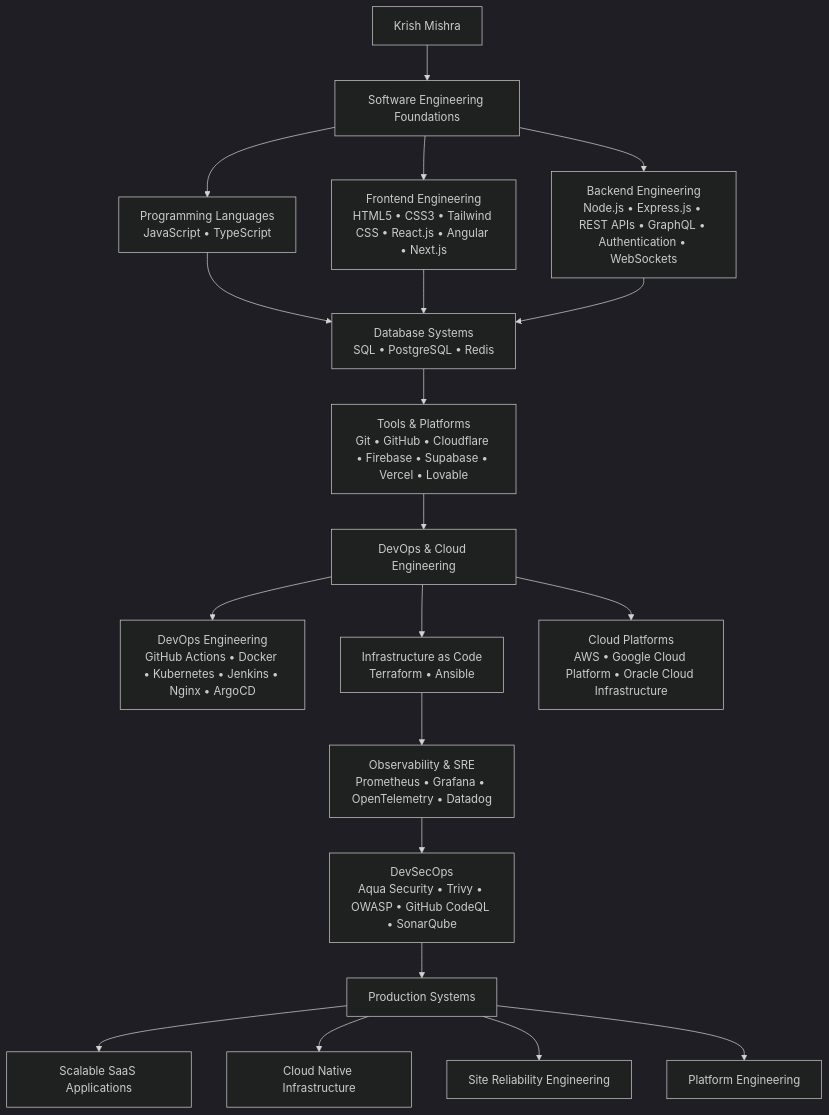
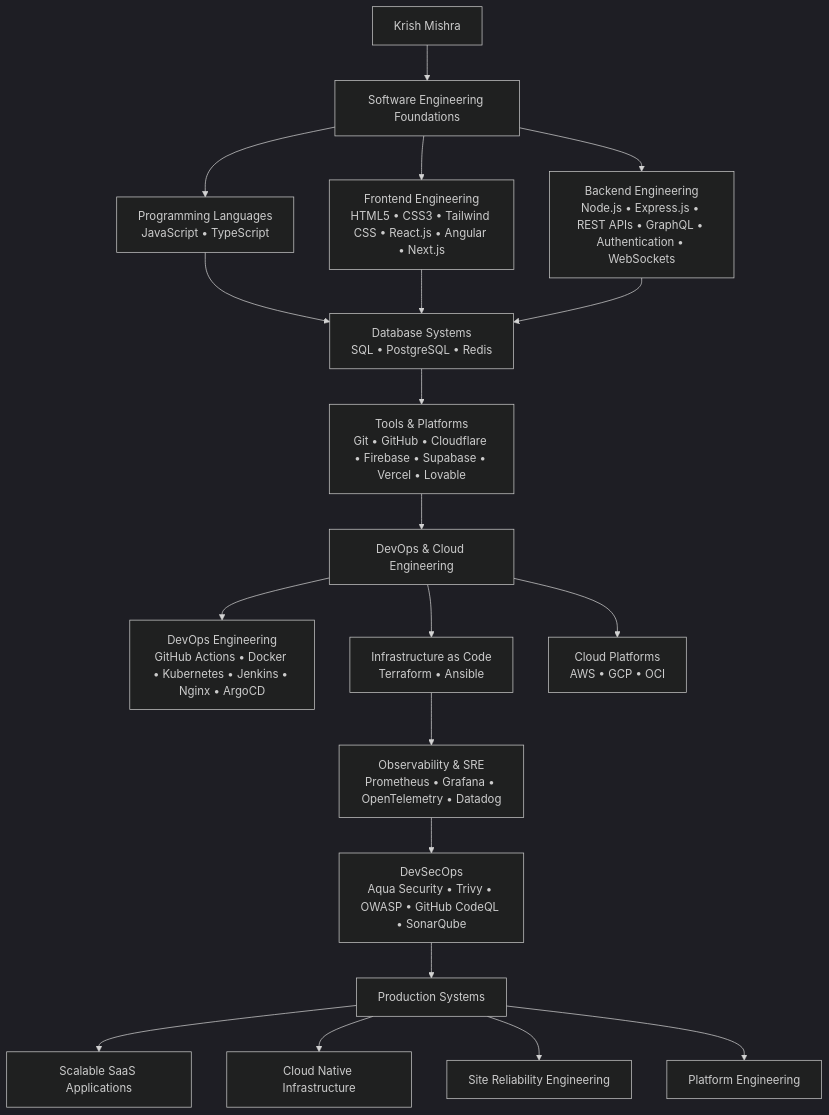
Before and after one commit to KrrishSR4/KrrishSR4: the diagram in README.md, drawn with Mermaid (dark theme).

````diff
--- a/README.md
+++ b/README.md
@@ -45,38 +45,38 @@
 ```mermaid
 graph TB
 
     A[ Krish Mishra]
 
     A --> B[Software Engineering Foundations]
 
     B --> C["Programming Languages<br/>JavaScript • TypeScript"]
 
     B --> D["Frontend Engineering<br/>HTML5 • CSS3 • Tailwind CSS • React.js • Angular • Next.js"]
 
     B --> E["Backend Engineering<br/>Node.js • Express.js • REST APIs • GraphQL • Authentication • WebSockets"]
 
     C --> F["Database Systems<br/>SQL • PostgreSQL • Redis"]
     D --> F
     E --> F
 
     F --> G["Tools & Platforms<br/>Git • GitHub • Cloudflare • Firebase • Supabase • Vercel • Lovable"]
 
     G --> H["DevOps & Cloud Engineering"]
 
     H --> I["DevOps Engineering<br/>GitHub Actions • Docker • Kubernetes • Jenkins • Nginx • ArgoCD"]
 
     H --> J["Infrastructure as Code<br/>Terraform • Ansible"]
 
-    H --> K["Cloud Platforms<br/>AWS • Google Cloud Platform • Oracle Cloud Infrastructure"]
+    H --> K["Cloud Platforms<br/>AWS • GCP • OCI"]
 
     J --> L["Observability & SRE<br/>Prometheus • Grafana • OpenTelemetry • Datadog"]
 
     L --> M["DevSecOps<br/>Aqua Security • Trivy • OWASP • GitHub CodeQL • SonarQube"]
 
     M --> N["Production Systems"]
 
     N --> N1["Scalable SaaS Applications"]
     N --> N2["Cloud Native Infrastructure"]
     N --> N3["Site Reliability Engineering"]
     N --> N4["Platform Engineering"]
 ```
````
